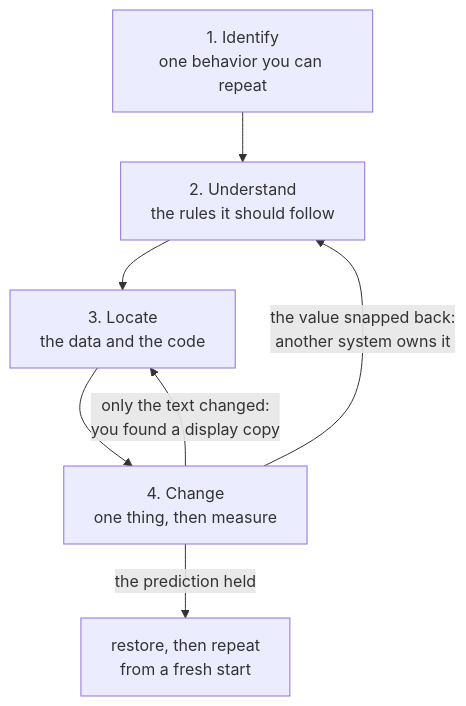
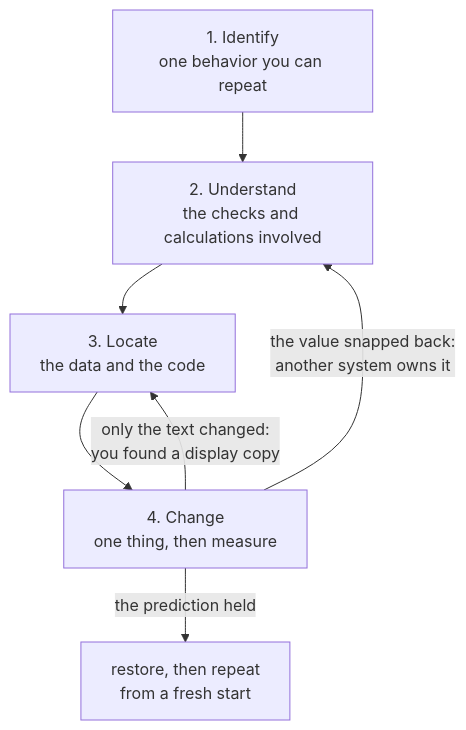
The first of 3 diagrams in site/src/content/docs/pages/1/06.mdx (MustCodeAl/rust-game-hacking-book), drawn with Mermaid before and after one commit. The commit also changed other lines of this file and 17 other files, not shown here.

````diff
--- a/site/src/content/docs/pages/1/06.mdx
+++ b/site/src/content/docs/pages/1/06.mdx
@@ -62,9 +62,9 @@
 ```mermaid
 flowchart TD
-    I["1. Identify<br/>one behavior you can repeat"] --> U["2. Understand<br/>the rules it should follow"]
+    I["1. Identify<br/>one behavior you can repeat"] --> U["2. Understand<br/>the checks and calculations involved"]
     U --> L["3. Locate<br/>the data and the code"]
     L --> C["4. Change<br/>one thing, then measure"]
     C -->|"only the text changed:<br/>you found a display copy"| L
     C -->|"the value snapped back:<br/>another system owns it"| U
     C -->|"the prediction held"| R["restore, then repeat<br/>from a fresh start"]
 ```
````
